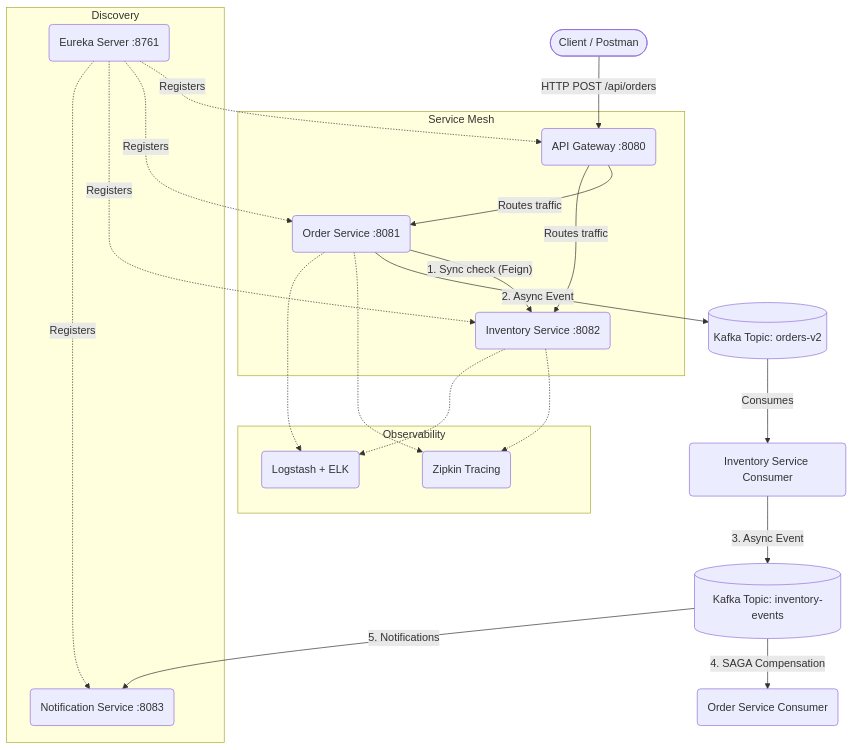
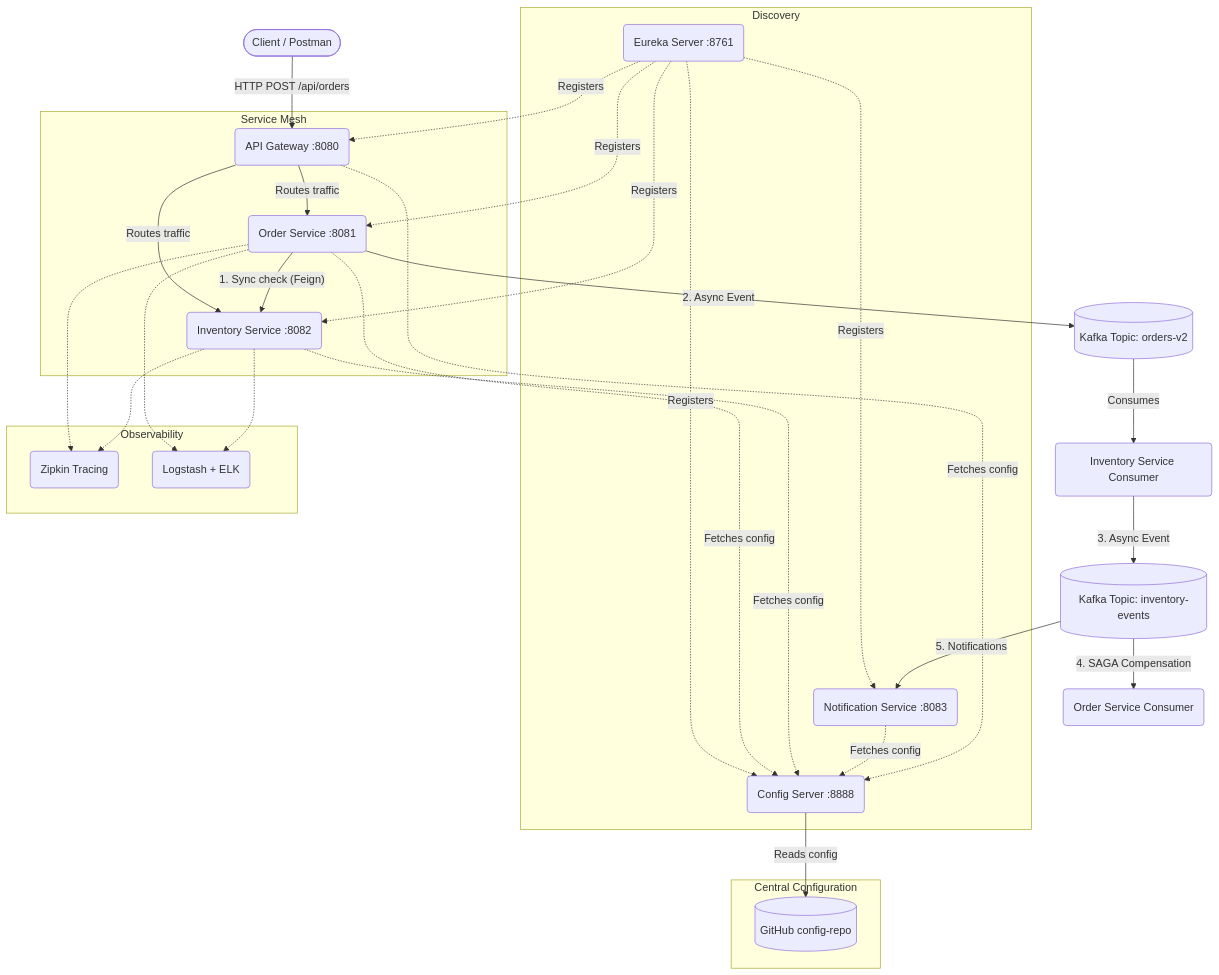
One commit to Kt129673/spring-cloud-microservices-patterns changed the diagram in README.md. Above: the diagram before and after it, drawn with Mermaid. The commit also changed other lines of this file and 18 other files, not shown here.

Commit message:
feat: implement Spring Cloud Config Server and integrate Config Client across microservices

````diff
--- a/README.md
+++ b/README.md
@@ -11,32 +11,41 @@
 ```mermaid
 graph TD
     Client(["Client / Postman"]) -->|HTTP POST /api/orders| Gateway("API Gateway :8080")
     
     subgraph Service Mesh
         Gateway -->|Routes traffic| OrderService("Order Service :8081")
         Gateway -->|Routes traffic| InventoryService("Inventory Service :8082")
     end
     
     subgraph Discovery
         Eureka("Eureka Server :8761") -.->|Registers| Gateway
         Eureka -.->|Registers| OrderService
         Eureka -.->|Registers| InventoryService
         Eureka -.->|Registers| NotificationService("Notification Service :8083")
+        Eureka -.->|Registers| ConfigServer
+    end
+    
+    subgraph Central Configuration
+        ConfigServer("Config Server :8888") -->|Reads config| GitRepo[("GitHub config-repo")]
+        OrderService -.->|Fetches config| ConfigServer
+        InventoryService -.->|Fetches config| ConfigServer
+        NotificationService -.->|Fetches config| ConfigServer
+        Gateway -.->|Fetches config| ConfigServer
     end
     
     OrderService -->|"1. Sync check (Feign)"| InventoryService
     OrderService -->|2. Async Event| Kafka[("Kafka Topic: orders-v2")]
     
     Kafka -->|Consumes| InventoryConsumer("Inventory Service Consumer")
     InventoryConsumer -->|3. Async Event| Kafka2[("Kafka Topic: inventory-events")]
     
     Kafka2 -->|4. SAGA Compensation| OrderConsumer("Order Service Consumer")
     Kafka2 -->|5. Notifications| NotificationService
     
     subgraph Observability
         OrderService -.-> Zipkin("Zipkin Tracing")
         InventoryService -.-> Zipkin
         OrderService -.-> Logstash("Logstash + ELK")
         InventoryService -.-> Logstash
     end
 ```
````
